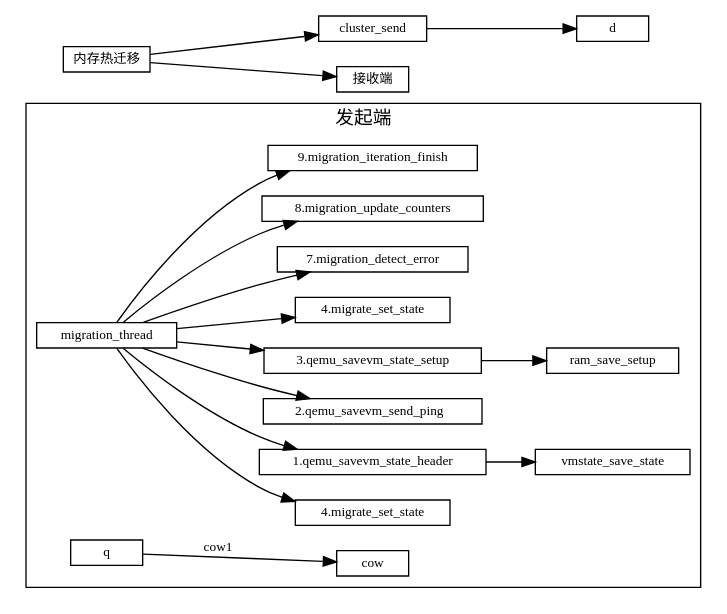
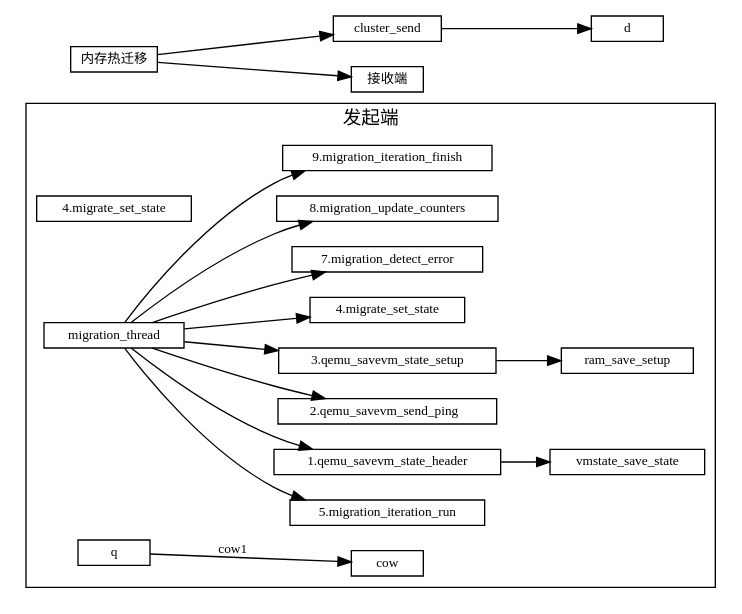
The diagram in 虚拟化/热迁移/1-内存热迁移.md (sisyphus1212/note), drawn with Graphviz before and after one commit.

Commit message:
auto_update

````diff
--- a/虚拟化/热迁移/1-内存热迁移.md
+++ b/虚拟化/热迁移/1-内存热迁移.md
@@ -11,36 +11,36 @@
 ```graphviz
 digraph {
 fontname="Helvetica,Arial,sans-serif"
 //node [fontname="Helvetica,Arial,sans-serif"]
 //edge [fontname="Helvetica,Arial,sans-serif"]
 rankdir="LR"
 node [fontsize=10, shape=record, height=0.25]
 edge [fontsize=10]
 
   subgraph send {
     cluster=true;
     label="发起端";
     migration_iteration_run[label="5.migration_iteration_run"]
-    [label="4.migrate_set_state"];
+    migrate_set_state[label="4.migrate_set_state"];
     migration_thread -> "1.qemu_savevm_state_header"
                      -> vmstate_save_state;
     migration_thread -> "2.qemu_savevm_send_ping  ";
     migration_thread -> "3.qemu_savevm_state_setup"
                      ->   ram_save_setup;
     migration_thread ->  "4.migrate_set_state";
     migration_thread ->  migration_iteration_run;
 
     migration_thread ->  "7.migration_detect_error";
     migration_thread ->  "8.migration_update_counters";
     migration_thread ->  "9.migration_iteration_finish";
 
     q -> cow[label="cow1"];
   }
 
 内存热迁移 [label="内存热迁移"]
 内存热迁移 -> cluster_send
            -> d
 
 内存热迁移 -> 接收端
 }
 ```
````
